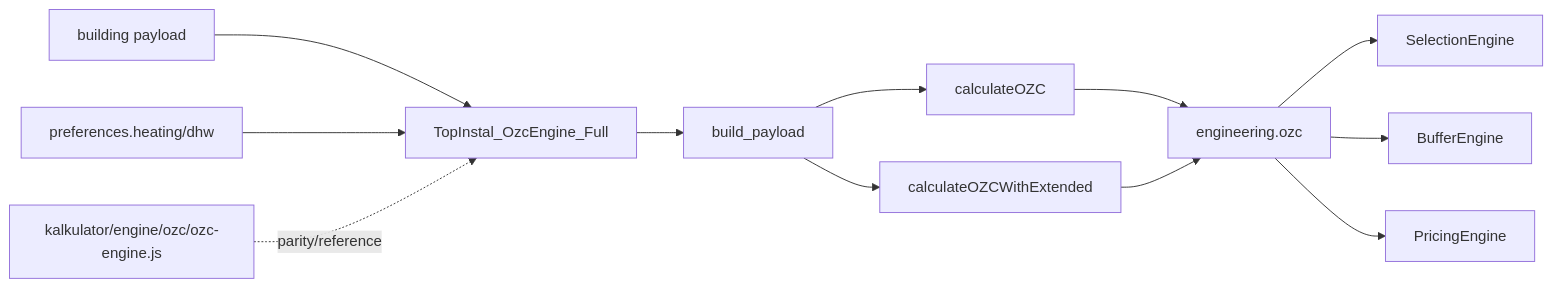
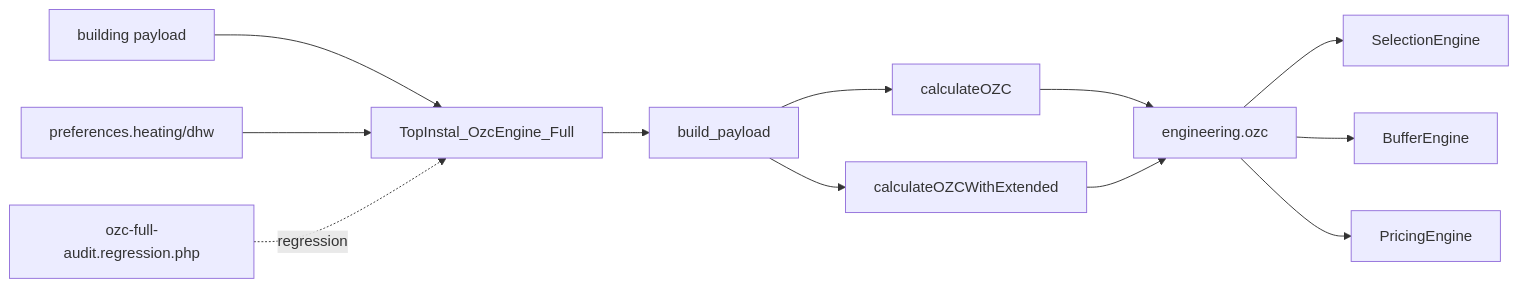
The second of 3 diagrams in docs/architecture/engine-graphs/ozc.graph.md (pixrepton/kalk-top), drawn with Mermaid before and after one commit. The commit also changed other lines of this file and 30 other files, not shown here.

First line of the commit message:
docs: prune stale agent docs and sync architecture notes

````diff
--- a/docs/architecture/engine-graphs/ozc.graph.md
+++ b/docs/architecture/engine-graphs/ozc.graph.md
@@ -31,14 +32,14 @@
 ```mermaid
 flowchart LR
   Building[building payload] --> OzcFull[TopInstal_OzcEngine_Full]
   Preferences[preferences.heating/dhw] --> OzcFull
   OzcFull --> Payload[build_payload]
   Payload --> Raw[calculateOZC]
   Payload --> Extended[calculateOZCWithExtended]
   Raw --> OfferOzc[engineering.ozc]
   Extended --> OfferOzc
   OfferOzc --> Selection[SelectionEngine]
   OfferOzc --> Buffer[BufferEngine]
   OfferOzc --> Pricing[PricingEngine]
-  JSRef[kalkulator/engine/ozc/ozc-engine.js] -. parity/reference .-> OzcFull
+  Harness[ozc-full-audit.regression.php] -. regression .-> OzcFull
 ```
````
